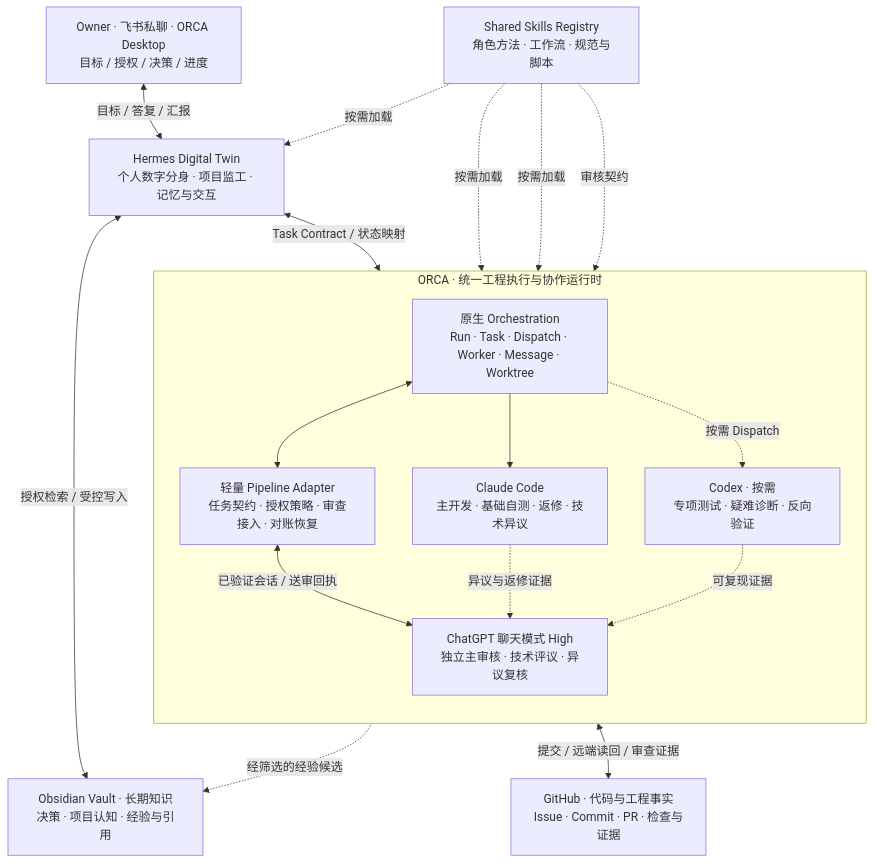
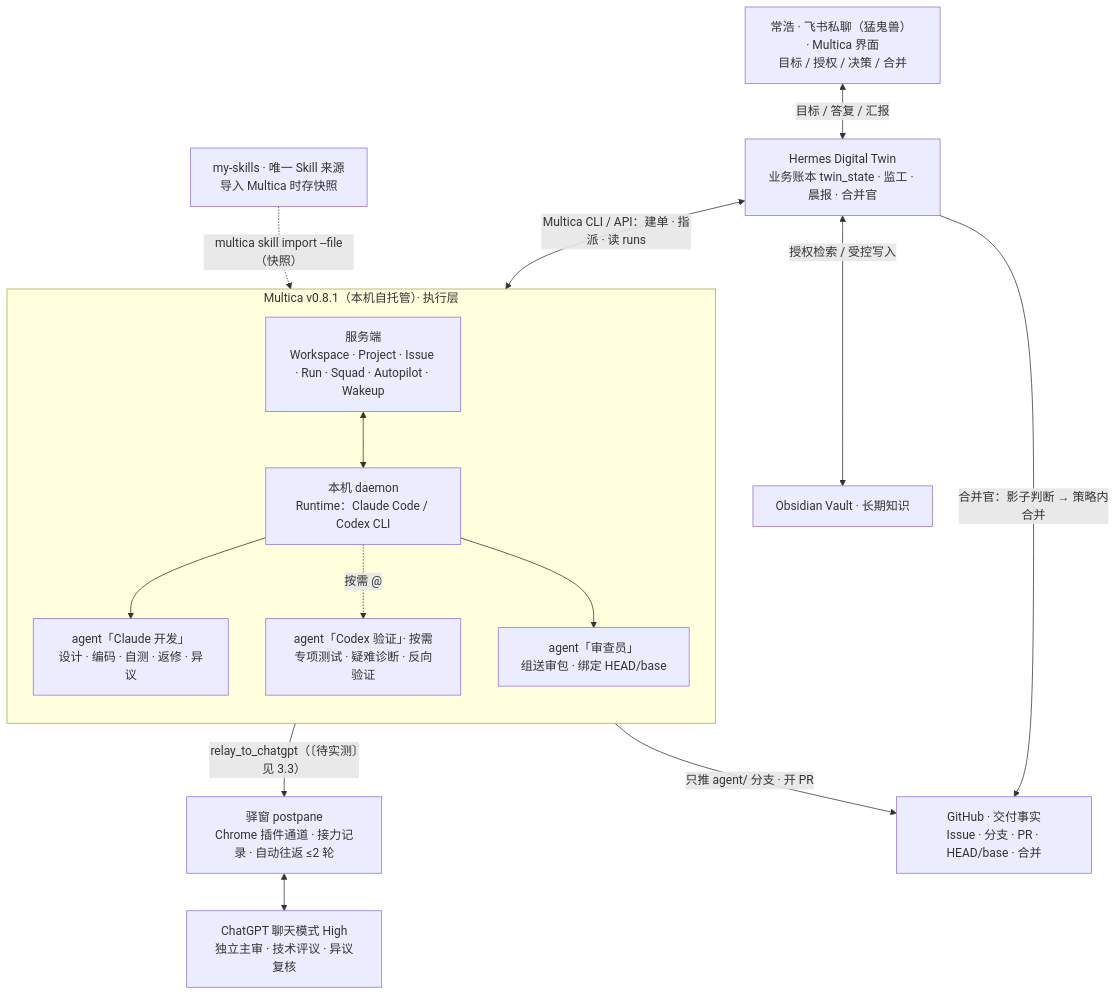
One commit to Natsukashii1997/digital-twin changed the first of 4 diagrams in docs/DT-ORC/ARCHITECTURE.md. Above: the diagram before and after it, drawn with Mermaid. The commit also changed other lines of this file and 4 other files, not shown here.

First line of the commit message:
docs(dt-orc): 架构升 V4.0，项目协同改用 Multica，移除 ORCA（#60）

````diff
--- a/docs/DT-ORC/ARCHITECTURE.md
+++ b/docs/DT-ORC/ARCHITECTURE.md
@@ -67,33 +76,33 @@
 ```mermaid
 flowchart TB
-    U["Owner · 飞书私聊 · ORCA Desktop<br/>目标 / 授权 / 决策 / 进度"]
-    H["Hermes Digital Twin<br/>个人数字分身 · 项目监工 · 记忆与交互"]
+    U["常浩 · 飞书私聊（猛鬼兽） · Multica 界面<br/>目标 / 授权 / 决策 / 合并"]
+    H["Hermes Digital Twin<br/>业务账本 twin_state · 监工 · 晨报 · 合并官"]
     U <-->|"目标 / 答复 / 汇报"| H
 
-    subgraph O["ORCA · 统一工程执行与协作运行时"]
+    subgraph M["Multica v0.8.1（本机自托管）· 执行层"]
         direction TB
-        R["原生 Orchestration<br/>Run · Task · Dispatch · Worker · Message · Worktree"]
-        P["轻量 Pipeline Adapter<br/>任务契约 · 授权策略 · 审查接入 · 对账恢复"]
-        C["Claude Code<br/>主开发 · 基础自测 · 返修 · 技术异议"]
-        G["ChatGPT 聊天模式 High<br/>独立主审核 · 技术评议 · 异议复核"]
-        X["Codex · 按需<br/>专项测试 · 疑难诊断 · 反向验证"]
-        R <--> P
-        R --> C
-        R -.->|"按需 Dispatch"| X
-        P <-->|"已验证会话 / 送审回执"| G
-        C -.->|"异议与返修证据"| G
-        X -.->|"可复现证据"| G
+        S["服务端<br/>Workspace · Project · Issue · Run · Squad · Autopilot · Wakeup"]
+        D["本机 daemon<br/>Runtime：Claude Code / Codex CLI"]
+        C["agent「Claude 开发」<br/>设计 · 编码 · 自测 · 返修 · 异议"]
+        X["agent「Codex 验证」· 按需<br/>专项测试 · 疑难诊断 · 反向验证"]
+        R["agent「审查员」<br/>组送审包 · 绑定 HEAD/base"]
+        S <--> D
+        D --> C
+        D -.->|"按需 @"| X
+        D --> R
     end
 
-    H <-->|"Task Contract / 状态映射"| R
-    GH["GitHub · 代码与工程事实<br/>Issue · Commit · PR · 检查与证据"]
-    OB["Obsidian Vault · 长期知识<br/>决策 · 项目认知 · 经验与引用"]
-    SK["Shared Skills Registry<br/>角色方法 · 工作流 · 规范与脚本"]
-    P <-->|"提交 / 远端读回 / 审查证据"| GH
+    P["驿窗 postpane<br/>Chrome 插件通道 · 接力记录 · 自动往返 ≤2 轮"]
+    G["ChatGPT 聊天模式 High<br/>独立主审 · 技术评议 · 异议复核"]
+    R -->|"relay_to_chatgpt（〔待实测〕见 3.3）"| P
+    P <--> G
+
+    H <-->|"Multica CLI / API：建单 · 指派 · 读 runs"| S
+    GH["GitHub · 交付事实<br/>Issue · 分支 · PR · HEAD/base · 合并"]
+    OB["Obsidian Vault · 长期知识"]
+    SK["my-skills · 唯一 Skill 来源<br/>导入 Multica 时存快照"]
+    C -->|"只推 agent/ 分支 · 开 PR"| GH
+    H -->|"合并官：影子判断 → 策略内合并"| GH
     H <-->|"授权检索 / 受控写入"| OB
-    P -.->|"经筛选的经验候选"| OB
-    SK -.->|"按需加载"| H
-    SK -.->|"按需加载"| C
-    SK -.->|"按需加载"| X
-    SK -.->|"审核契约"| G
+    SK -.->|"multica skill import --file（快照）"| S
 ```
````
